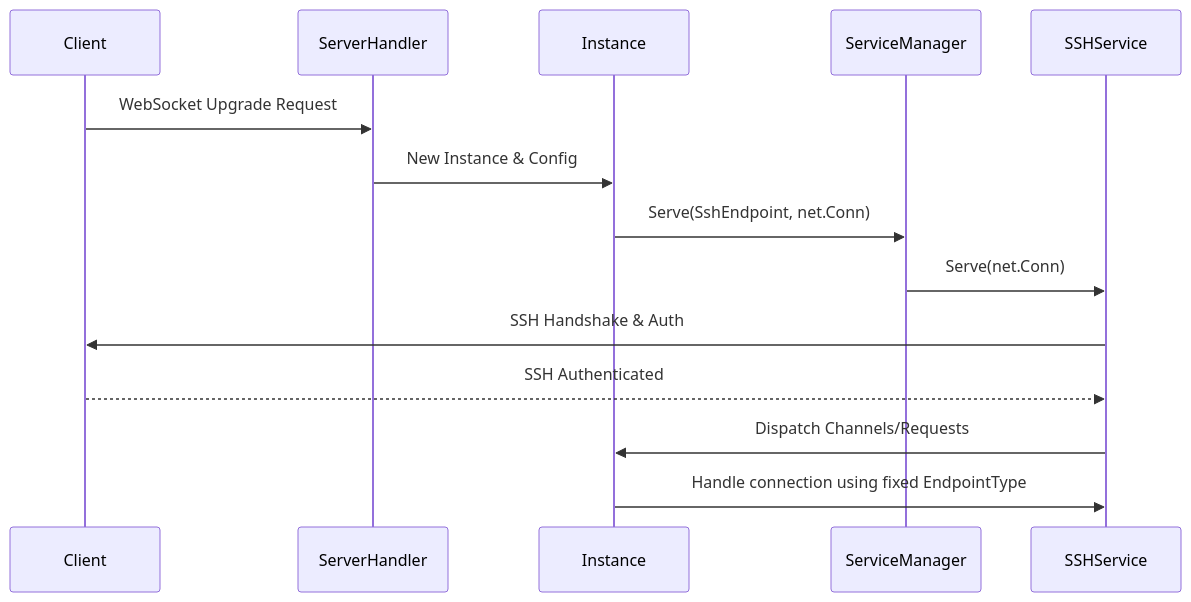
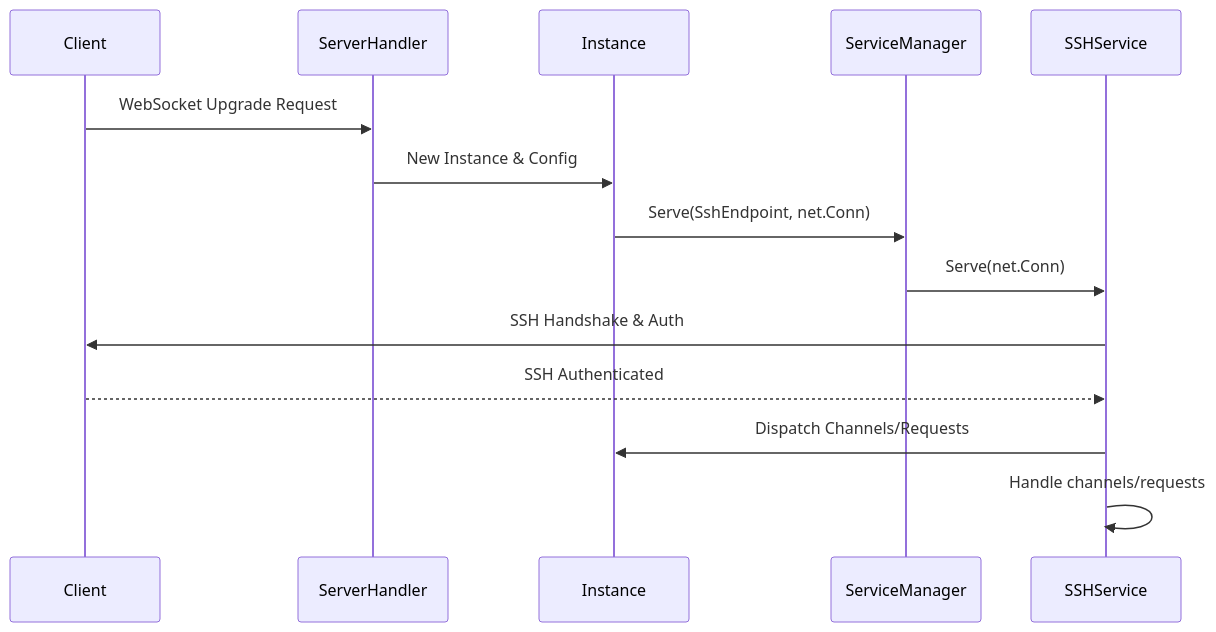
One commit to fuzzbuster/slider changed the first of 3 diagrams in .trae/deepwiki/功能模块：Shell、SFTP 与代理/SSH 基础设施与会话管理.md. Above: the diagram before and after it, drawn with Mermaid. The commit also changed other lines of this file and 17 other files, not shown here.

````diff
--- a/.trae/deepwiki/功能模块：Shell、SFTP 与代理/SSH 基础设施与会话管理.md
+++ b/.trae/deepwiki/功能模块：Shell、SFTP 与代理/SSH 基础设施与会话管理.md
@@ -106,17 +121,17 @@
 ```mermaid
 sequenceDiagram
     participant Client
     participant ServerHandler
     participant Instance
     participant ServiceManager
     participant SSHService
 
     Client->>ServerHandler: WebSocket Upgrade Request
     ServerHandler->>Instance: New Instance & Config
     Instance->>ServiceManager: Serve(SshEndpoint, net.Conn)
     ServiceManager->>SSHService: Serve(net.Conn)
     SSHService->>Client: SSH Handshake & Auth
     Client-->>SSHService: SSH Authenticated
     SSHService->>Instance: Dispatch Channels/Requests
-    Instance->>SSHService: Handle connection using fixed EndpointType
+    SSHService->>SSHService: Handle channels/requests
 ```
````
